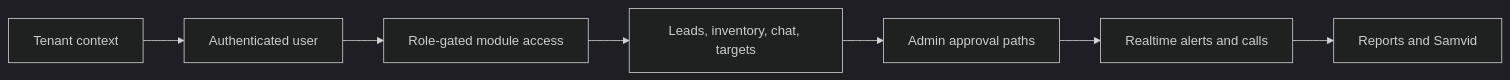
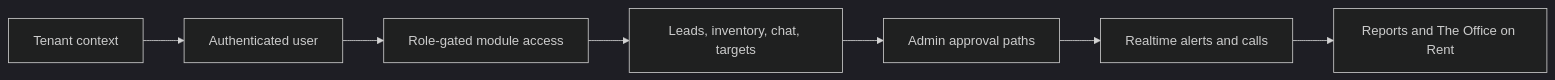
Before and after one commit to abhishekprajapat-hg/the-office-on-rent: diagram 12 of 12 in docs/SYSTEM_WORKFLOW_VISUAL.md, drawn with Mermaid (dark theme). The commit also changed other lines of this file and 63 other files, not shown here.

Commit message:
Replace Samvid branding with The Office on Rent

````diff
--- a/docs/SYSTEM_WORKFLOW_VISUAL.md
+++ b/docs/SYSTEM_WORKFLOW_VISUAL.md
@@ -472,12 +472,12 @@
 ```mermaid
 flowchart LR
   TENANT[Tenant context]
   AUTH[Authenticated user]
   ROLE[Role-gated module access]
   DATA[Leads, inventory, chat, targets]
   APPROVAL[Admin approval paths]
   REALTIME[Realtime alerts and calls]
-  ANALYTICS[Reports and Samvid]
+  ANALYTICS[Reports and The Office on Rent]
 
   TENANT --> AUTH --> ROLE --> DATA --> APPROVAL --> REALTIME --> ANALYTICS
 ```
````
